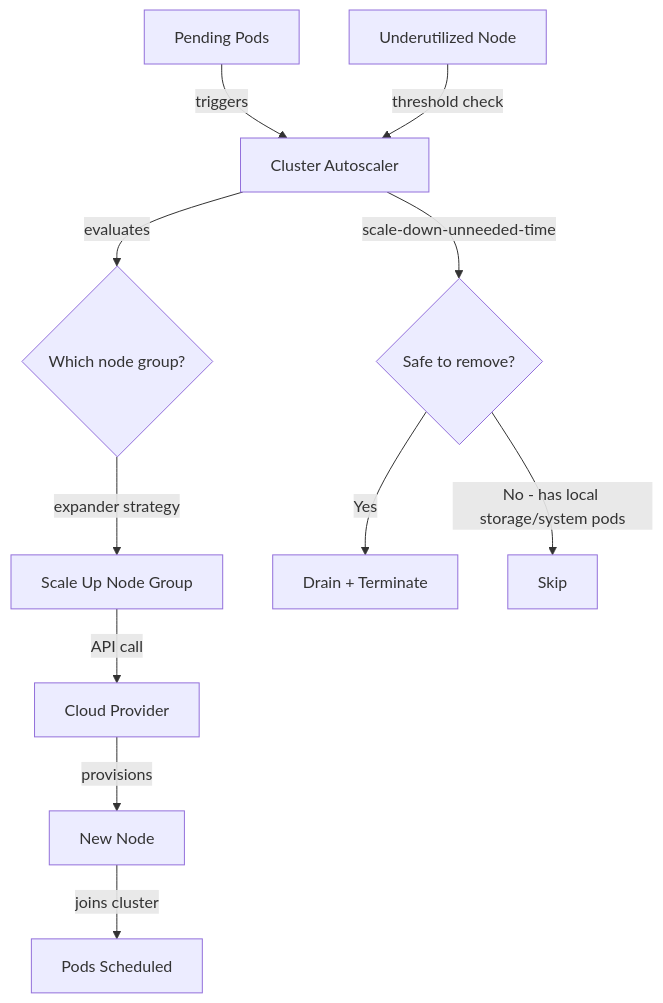
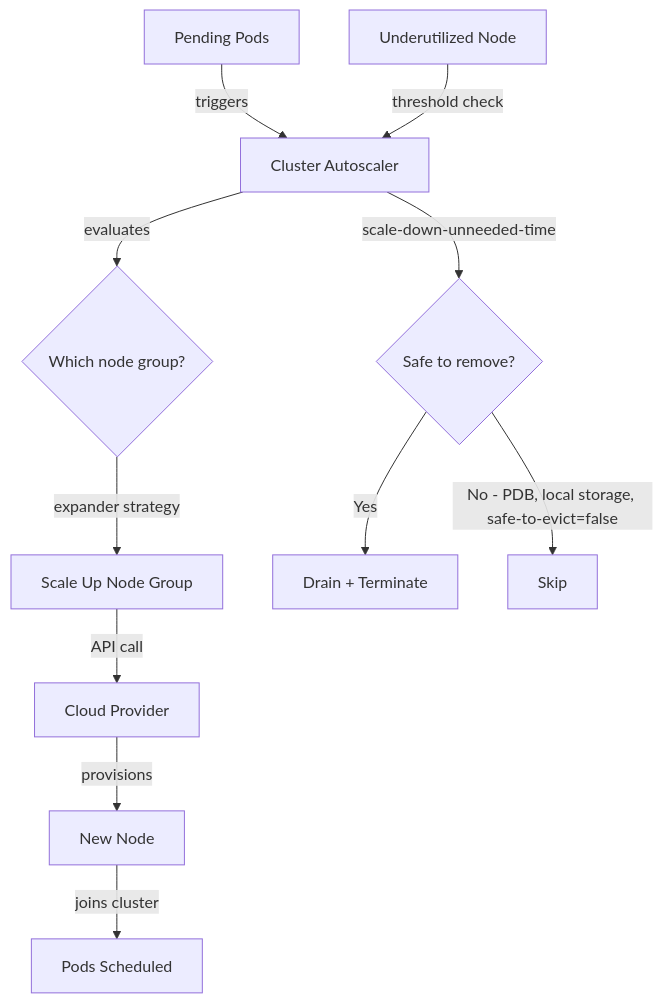
One commit to greg4fun/kubernetesrecipes.github.io changed the diagram in src/content/recipes/kubernetes-cluster-autoscaler-configuration.md. Above: the diagram before and after it, drawn with Mermaid. The commit also changed other lines of this file and 403 other files, not shown here.

````diff
--- a/src/content/recipes/kubernetes-cluster-autoscaler-configuration.md
+++ b/src/content/recipes/kubernetes-cluster-autoscaler-configuration.md
@@ -183,14 +226,13 @@
 ```mermaid
 graph TD
     A[Pending Pods] -->|triggers| B[Cluster Autoscaler]
     B -->|evaluates| C{Which node group?}
     C -->|expander strategy| D[Scale Up Node Group]
     D -->|API call| E[Cloud Provider]
     E -->|provisions| F[New Node]
     F -->|joins cluster| G[Pods Scheduled]
-    
     H[Underutilized Node] -->|threshold check| B
     B -->|scale-down-unneeded-time| I{Safe to remove?}
     I -->|Yes| J[Drain + Terminate]
-    I -->|No - has local storage/system pods| K[Skip]
+    I -->|No - PDB, local storage, safe-to-evict=false| K[Skip]
 ```
````
